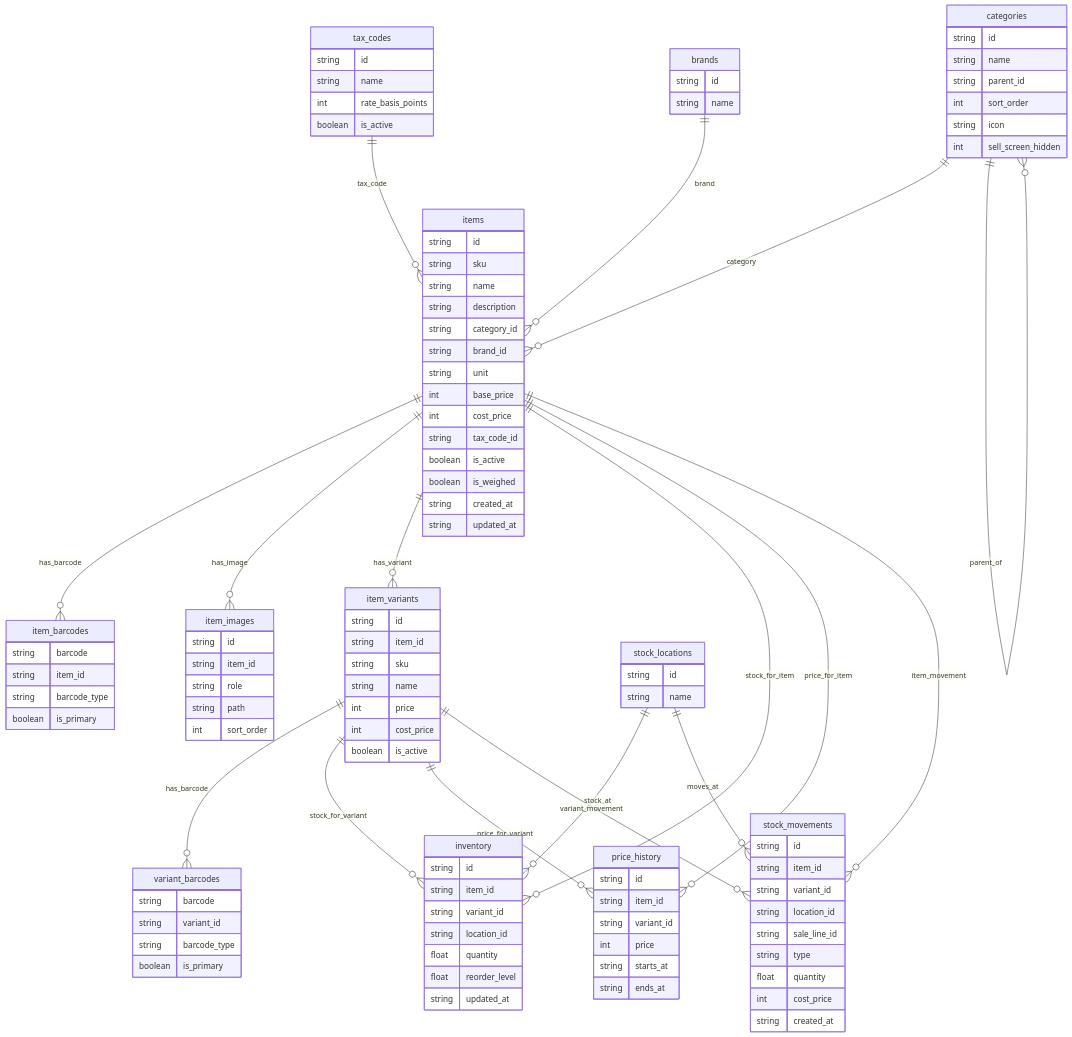
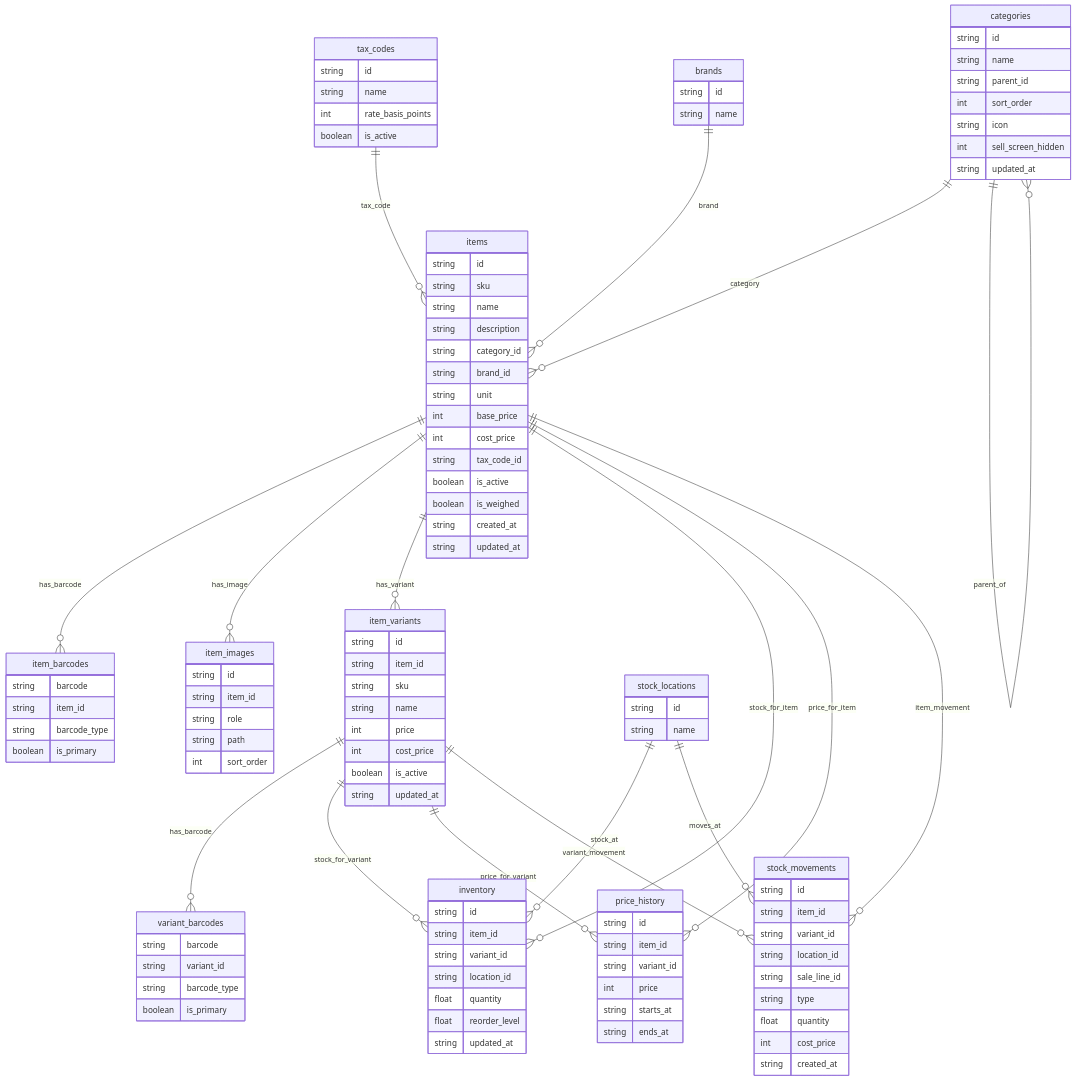
Before and after one commit to universaltill/universal-till: the second of 4 diagrams in docs/data-model.md, drawn with Mermaid. The commit also changed other lines of this file and 75 other files, not shown here.

```diff
--- a/docs/data-model.md
+++ b/docs/data-model.md
@@ -217,6 +217,7 @@
         int    sort_order
         string icon
         int    sell_screen_hidden
+        string updated_at
     }
 
     brands {
@@ -264,6 +265,7 @@
         int    price
         int    cost_price
         boolean is_active
+        string updated_at
     }
 
     variant_barcodes {
```
